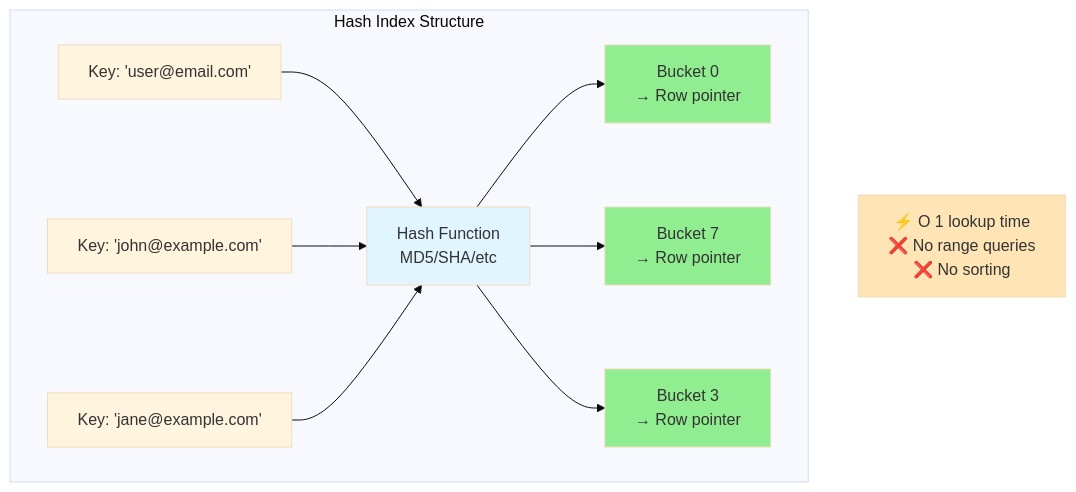
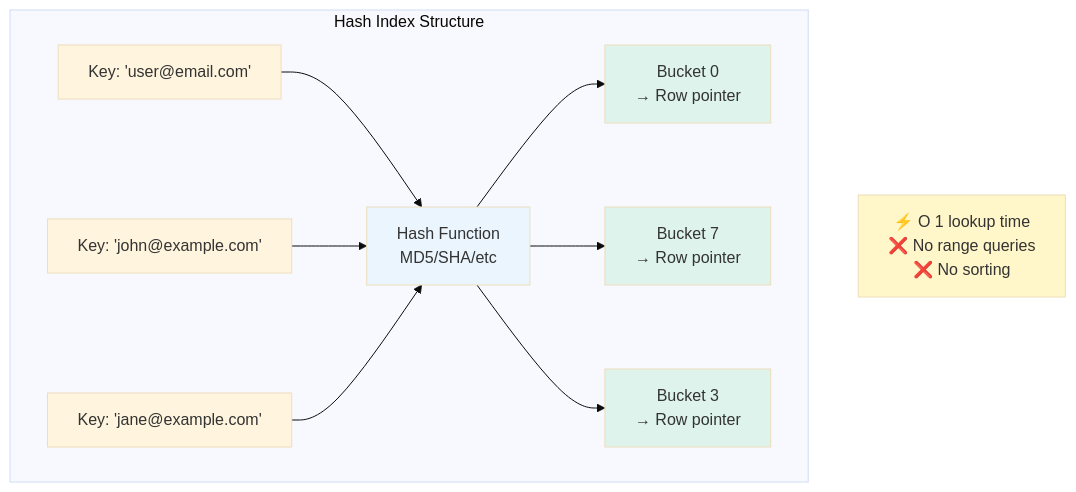
Before and after one commit to cartmancodes/InterviewVault: diagram 15 of 34 in LLD/CoreConcepts/DataIndexing.md, drawn with Mermaid (base theme). The commit also changed other lines of this file and 679 other files, not shown here.

Commit message:
Unify content diagrams and add accessible visual walkthroughs

````diff
--- a/LLD/CoreConcepts/DataIndexing.md
+++ b/LLD/CoreConcepts/DataIndexing.md
@@ -531,26 +531,26 @@
 ```mermaid
 graph TB
     subgraph "Hash Index Structure"
         KEY1[Key: 'user@email.com']
         KEY2[Key: 'john@example.com']
         KEY3[Key: 'jane@example.com']
         
         HASH[Hash Function<br/>MD5/SHA/etc]
         
         KEY1 --> HASH
         KEY2 --> HASH
         KEY3 --> HASH
         
         HASH --> BUCKET1[Bucket 0<br/>→ Row pointer]
         HASH --> BUCKET2[Bucket 7<br/>→ Row pointer]
         HASH --> BUCKET3[Bucket 3<br/>→ Row pointer]
     end
     
     NOTE[⚡ O 1 lookup time<br/>❌ No range queries<br/>❌ No sorting]
     
-    style HASH fill:#e1f5ff
-    style BUCKET1 fill:#90EE90
-    style BUCKET2 fill:#90EE90
-    style BUCKET3 fill:#90EE90
-    style NOTE fill:#FFE4B5
+    style HASH fill:#EAF5FD
+    style BUCKET1 fill:#DDF3EC
+    style BUCKET2 fill:#DDF3EC
+    style BUCKET3 fill:#DDF3EC
+    style NOTE fill:#FFF6C9
 ```
````
